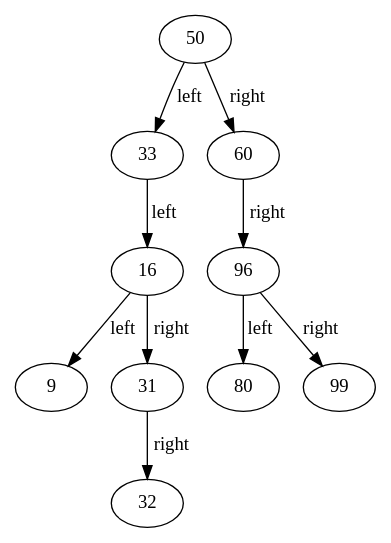
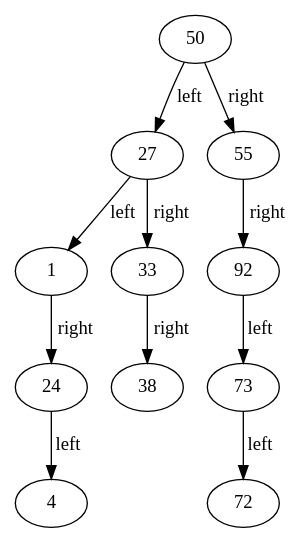
Before and after one commit to toolbuddy/visual-ll: the diagram in result/output2.dot, drawn with Graphviz. The commit also changed 7 other files, not shown here.

```diff
--- a/result/output2.dot
+++ b/result/output2.dot
@@ -1,11 +1,12 @@
 digraph G{
-	50 -> 33 [label=left];
-	33 -> 16 [label=left];
-	16 -> 9 [label=left];
-	16 -> 31 [label=right];
-	31 -> 32 [label=right];
-	50 -> 60 [label=right];
-	60 -> 96 [label=right];
-	96 -> 80 [label=left];
-	96 -> 99 [label=right];
+	50 -> 27 [label=left];
+	27 -> 1 [label=left];
+	1 -> 24 [label=right];
+	24 -> 4 [label=left];
+	27 -> 33 [label=right];
+	33 -> 38 [label=right];
+	50 -> 55 [label=right];
+	55 -> 92 [label=right];
+	92 -> 73 [label=left];
+	73 -> 72 [label=left];
 }
```
